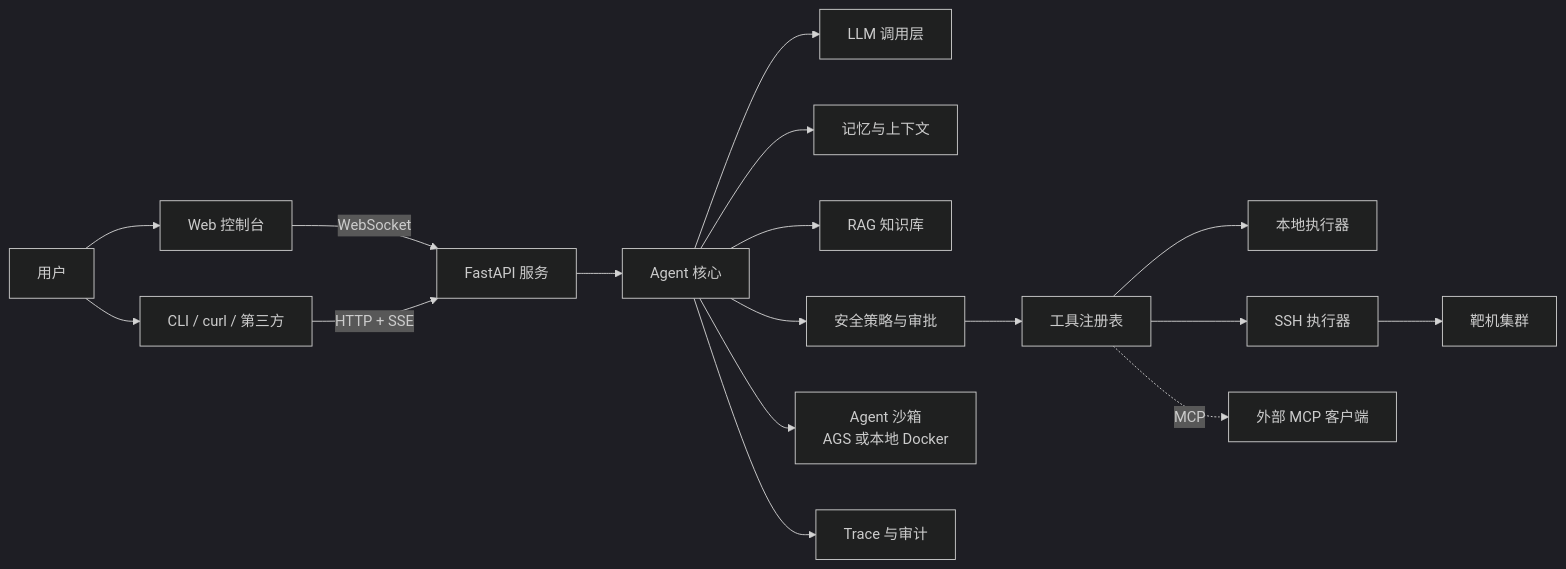
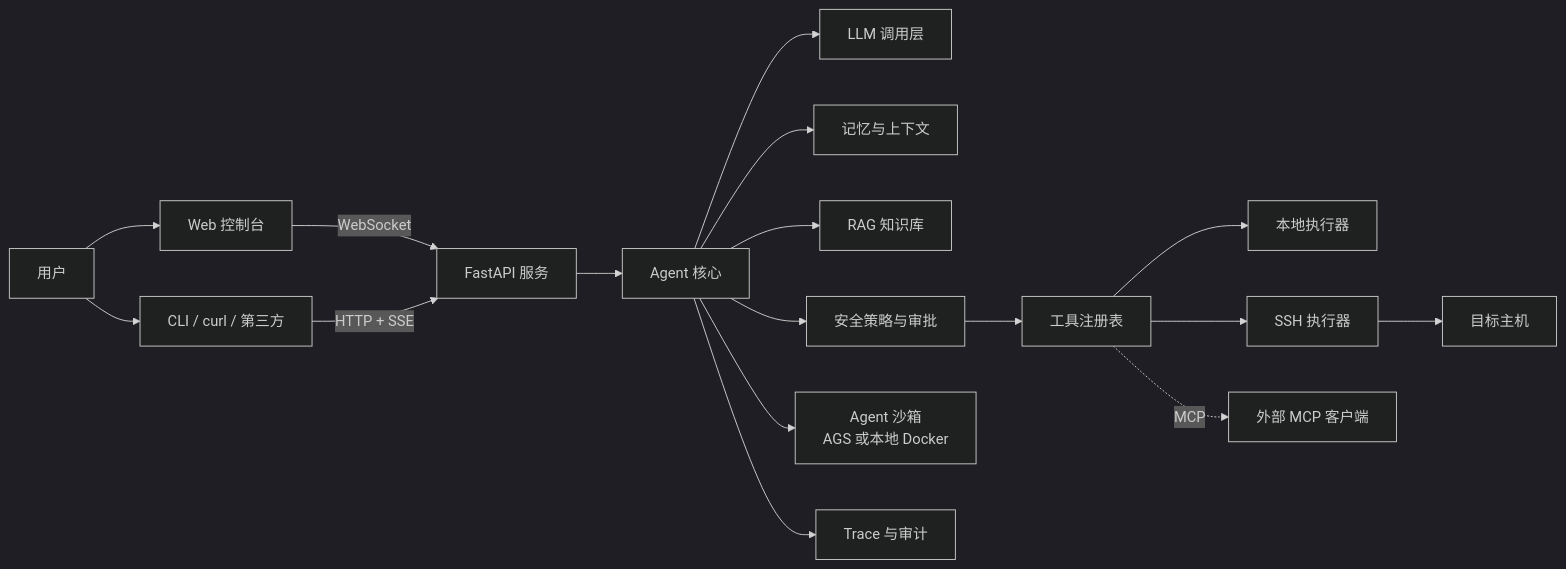
One commit to evaevable/server-agent changed the diagram in README.md. Above: the diagram before and after it, drawn with Mermaid (dark theme). The commit also changed other lines of this file and 48 other files, not shown here.

````diff
--- a/README.md
+++ b/README.md
@@ -35,19 +55,19 @@
 ```mermaid
 flowchart LR
     U["用户"] --> W["Web 控制台"]
     U --> C["CLI / curl / 第三方"]
     W -->|"WebSocket"| S["FastAPI 服务"]
     C -->|"HTTP + SSE"| S
     S --> A["Agent 核心"]
     A --> L["LLM 调用层"]
     A --> M["记忆与上下文"]
     A --> K["RAG 知识库"]
     A --> P["安全策略与审批"]
     P --> T["工具注册表"]
     T --> E1["本地执行器"]
     T --> E2["SSH 执行器"]
-    E2 --> H["靶机集群"]
+    E2 --> H["目标主机"]
     A --> SB["Agent 沙箱<br/>AGS 或本地 Docker"]
     A --> O["Trace 与审计"]
     T -.->|"MCP"| X["外部 MCP 客户端"]
 ```
````
